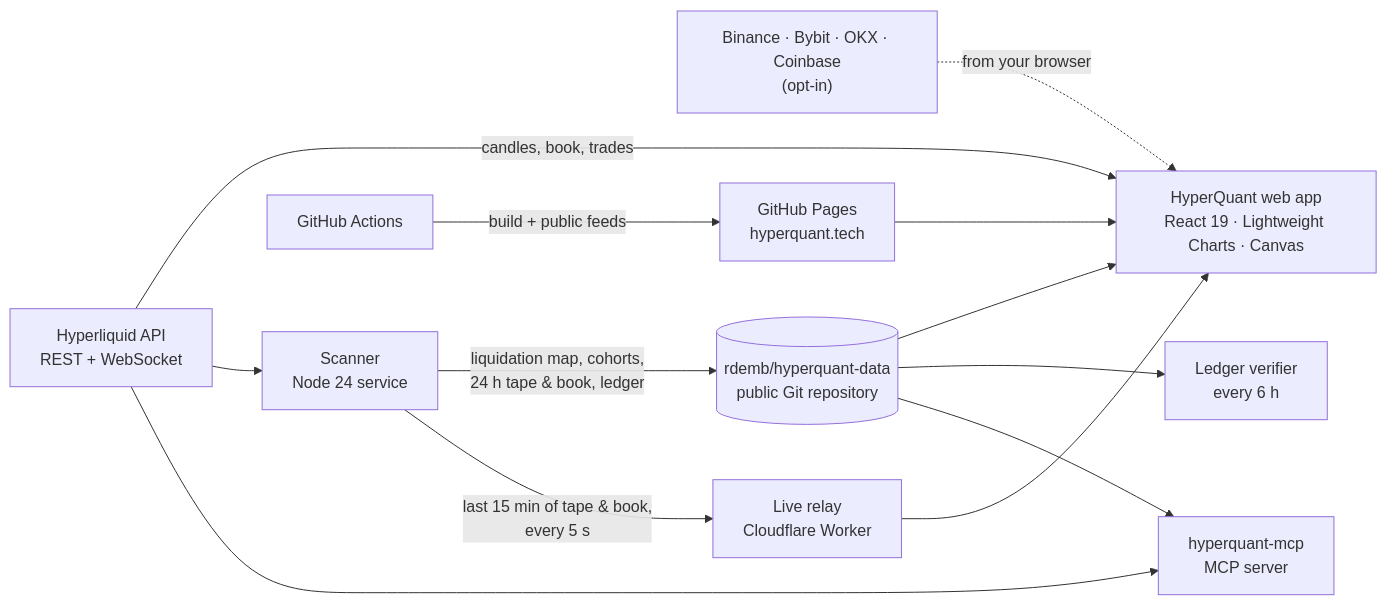
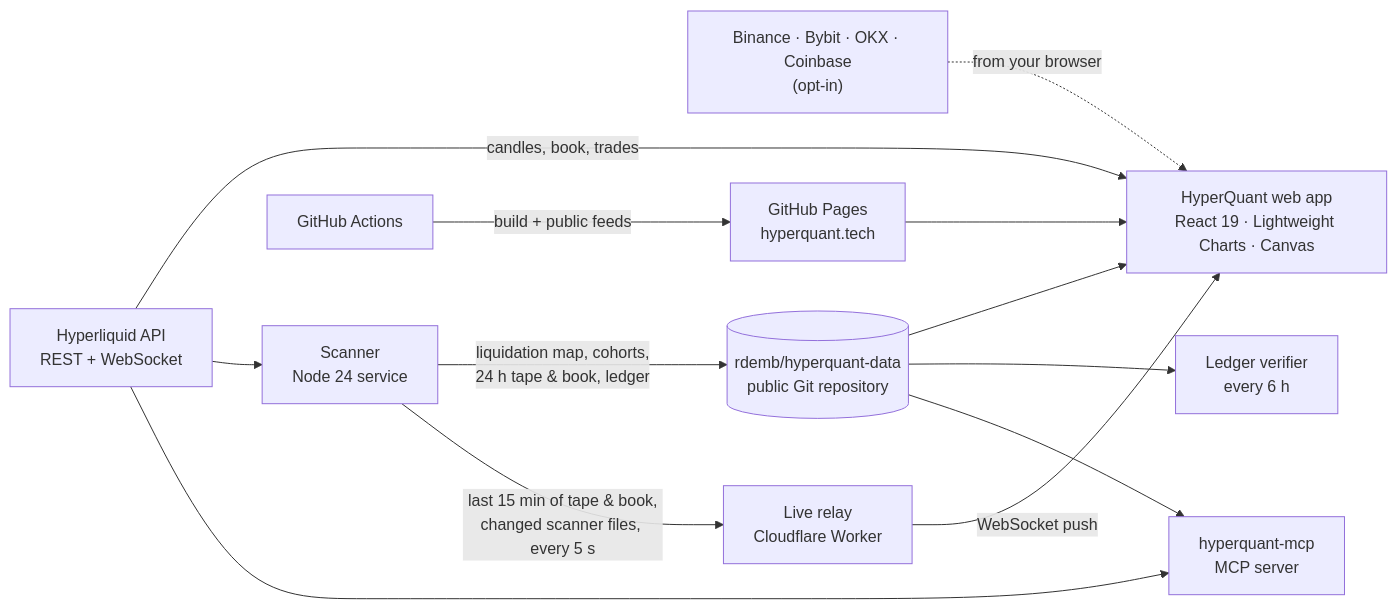
Before and after one commit to rdemb/HyperQuant: the diagram in README.md, drawn with Mermaid. The commit also changed other lines of this file and 12 other files, not shown here.

First line of the commit message:
Kanał na żywo: pliki skanera do przeglądarek przez WebSocket w sekundy

````diff
--- a/README.md
+++ b/README.md
@@ -138,26 +138,26 @@
 ```mermaid
 flowchart LR
   HL["Hyperliquid API<br/>REST + WebSocket"]
   CEX["Binance · Bybit · OKX · Coinbase<br/>(opt-in)"]
   SC["Scanner<br/>Node 24 service"]
   DATA[("rdemb/hyperquant-data<br/>public Git repository")]
   APP["HyperQuant web app<br/>React 19 · Lightweight Charts · Canvas"]
   GHA["GitHub Actions"]
   PAGES["GitHub Pages<br/>hyperquant.tech"]
   VER["Ledger verifier<br/>every 6 h"]
   MCP["hyperquant-mcp<br/>MCP server"]
   LIVE["Live relay<br/>Cloudflare Worker"]
 
   HL -->|candles, book, trades| APP
   CEX -.->|from your browser| APP
   HL --> SC
   SC -->|liquidation map, cohorts,<br/>24 h tape & book, ledger| DATA
-  SC -->|last 15 min of tape & book,<br/>every 5 s| LIVE
+  SC -->|last 15 min of tape & book,<br/>changed scanner files, every 5 s| LIVE
   DATA --> APP
-  LIVE --> APP
+  LIVE -->|WebSocket push| APP
   GHA -->|build + public feeds| PAGES
   PAGES --> APP
   DATA --> VER
   DATA --> MCP
   HL --> MCP
 ```
````
